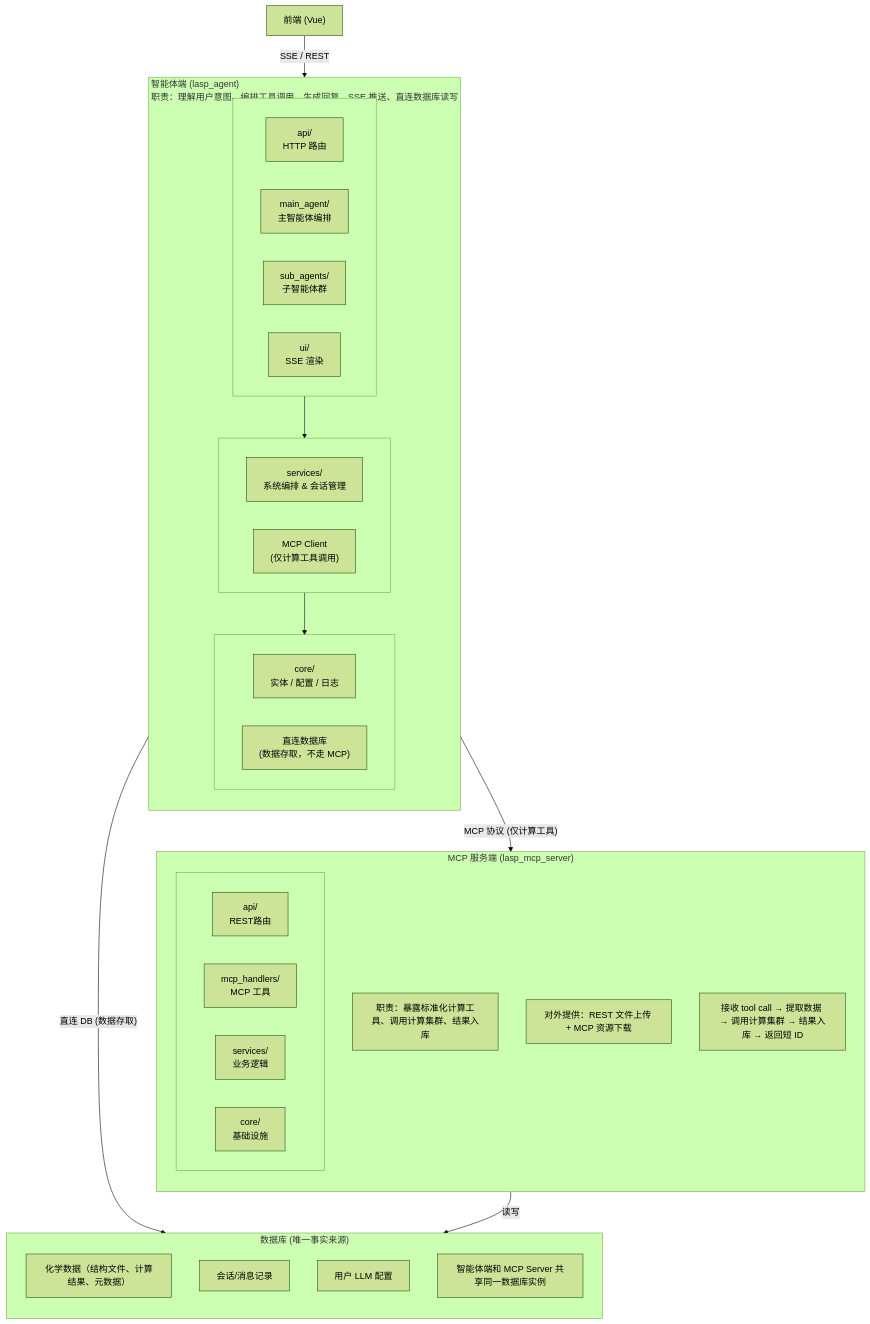
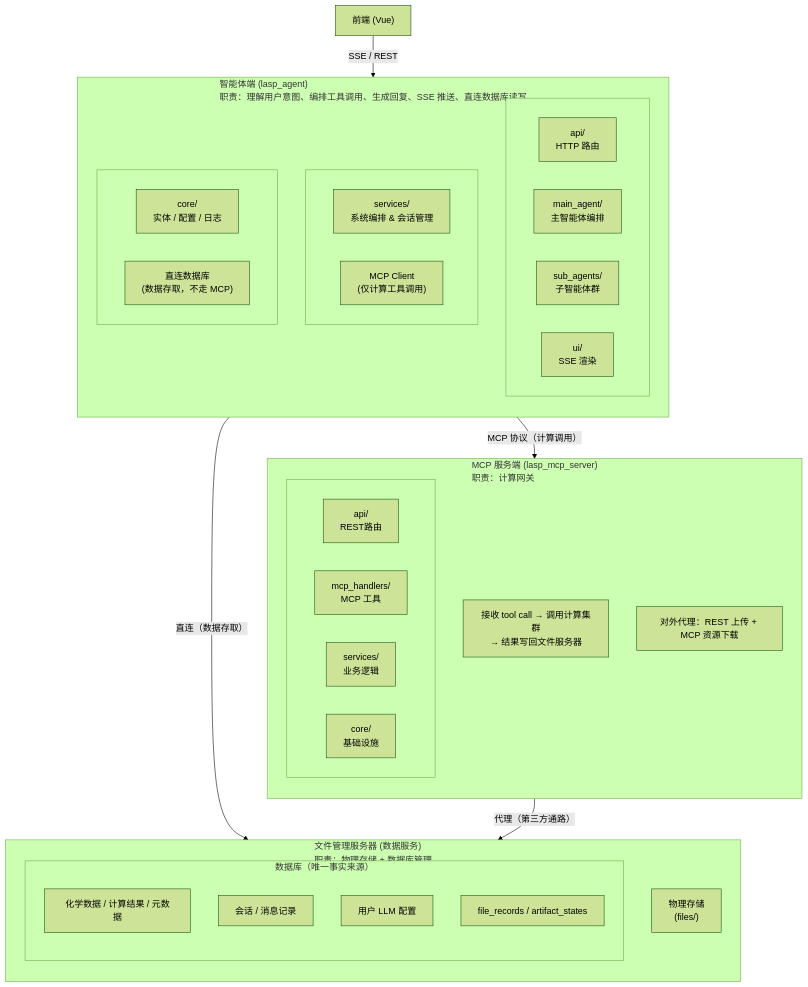
The first of 4 diagrams in LASPAI 智能体系统总体设计方案.md (zhou-tian-yi/laspai-agent-design), drawn with Mermaid (forest theme) before and after one commit. The commit also changed other lines of this file and 4 other files, not shown here.

````diff
--- a/LASPAI 智能体系统总体设计方案.md
+++ b/LASPAI 智能体系统总体设计方案.md
@@ -20,55 +20,57 @@
 ```mermaid
 flowchart TB
     FE["前端 (Vue)"]
 
     FE -->|"SSE / REST"| AGENT
 
     subgraph AGENT["智能体端 (lasp_agent)<br/>职责：理解用户意图、编排工具调用、生成回复、SSE 推送、直连数据库读写"]
         direction TB
         subgraph AG_TOP[" "]
             direction LR
             API["api/<br/>HTTP 路由"]
             MAIN["main_agent/<br/>主智能体编排"]
             SUB["sub_agents/<br/>子智能体群"]
             UI["ui/<br/>SSE 渲染"]
         end
         subgraph AG_MID[" "]
             direction LR
             SVC["services/<br/>系统编排 & 会话管理"]
             MCPC["MCP Client<br/>(仅计算工具调用)"]
         end
         subgraph AG_BOT[" "]
             direction LR
             CORE["core/<br/>实体 / 配置 / 日志"]
             DIRECT["直连数据库<br/>(数据存取，不走 MCP)"]
         end
-        AG_TOP --> AG_MID --> AG_BOT
     end
 
-    AGENT -->|"直连 DB (数据存取)"| DB
-    AGENT -->|"MCP 协议 (仅计算工具)"| MCPSERVER
+    AGENT -->|"直连（数据存取）"| FS
+    AGENT -->|"MCP 协议（计算调用）"| MCPSERVER
 
-    subgraph DB["数据库 (唯一事实来源)"]
+    subgraph FS["文件管理服务器 (数据服务)<br/>职责：物理存储 + 数据库管理"]
         direction TB
-        DB1["化学数据（结构文件、计算结果、元数据）"]
-        DB2["会话/消息记录"]
-        DB3["用户 LLM 配置"]
-        DB4["智能体端和 MCP Server 共享同一数据库实例"]
+        FS1["物理存储<br/>(files/)"]
+        subgraph DB["数据库（唯一事实来源）"]
+            direction TB
+            DB1["化学数据 / 计算结果 / 元数据"]
+            DB2["会话 / 消息记录"]
+            DB3["用户 LLM 配置"]
+            DB4["file_records / artifact_states"]
+        end
     end
 
-    subgraph MCPSERVER["MCP 服务端 (lasp_mcp_server)"]
+    subgraph MCPSERVER["MCP 服务端 (lasp_mcp_server)<br/>职责：计算网关"]
         direction TB
-        MCP_DESC["职责：暴露标准化计算工具、调用计算集群、结果入库"]
-        MCP_EXT["对外提供：REST 文件上传 + MCP 资源下载"]
-        MCP_FLOW["接收 tool call → 提取数据 → 调用计算集群 → 结果入库 → 返回短 ID"]
+        MCP_DESC["接收 tool call → 调用计算集群<br/>→ 结果写回文件服务器"]
+        MCP_EXT["对外代理：REST 上传 + MCP 资源下载"]
         subgraph MCP_INT[" "]
             direction LR
             MCP_API["api/<br/>REST路由"]
             MCP_HAND["mcp_handlers/<br/>MCP 工具"]
             MCP_SVC["services/<br/>业务逻辑"]
             MCP_CORE["core/<br/>基础设施"]
         end
     end
 
-    MCPSERVER -->|"读写"| DB
+    MCPSERVER -->|"代理（第三方通路）"| FS
 ```
````
